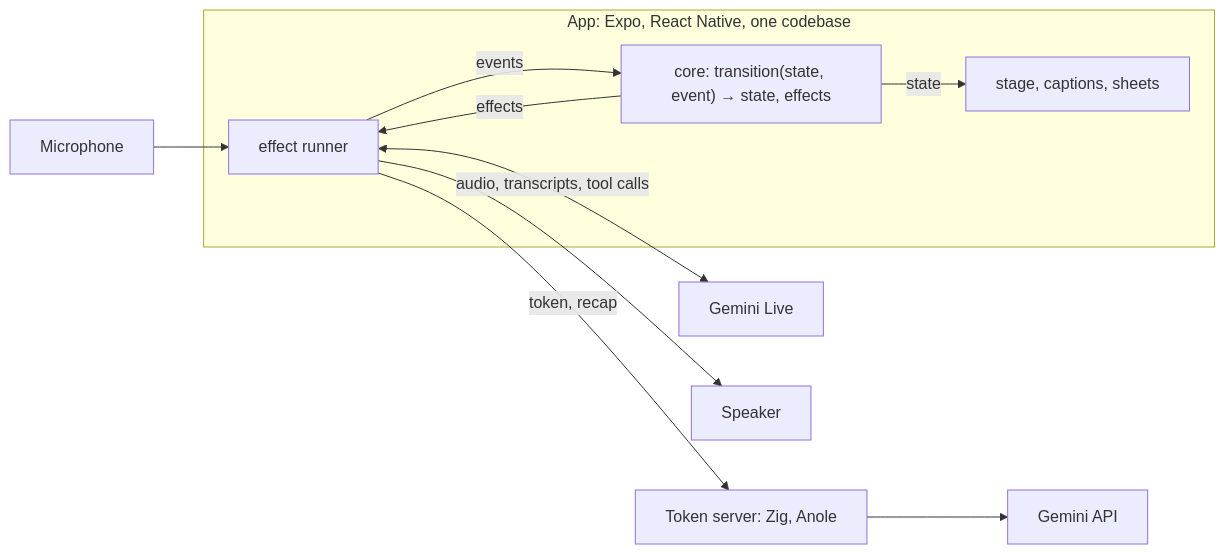
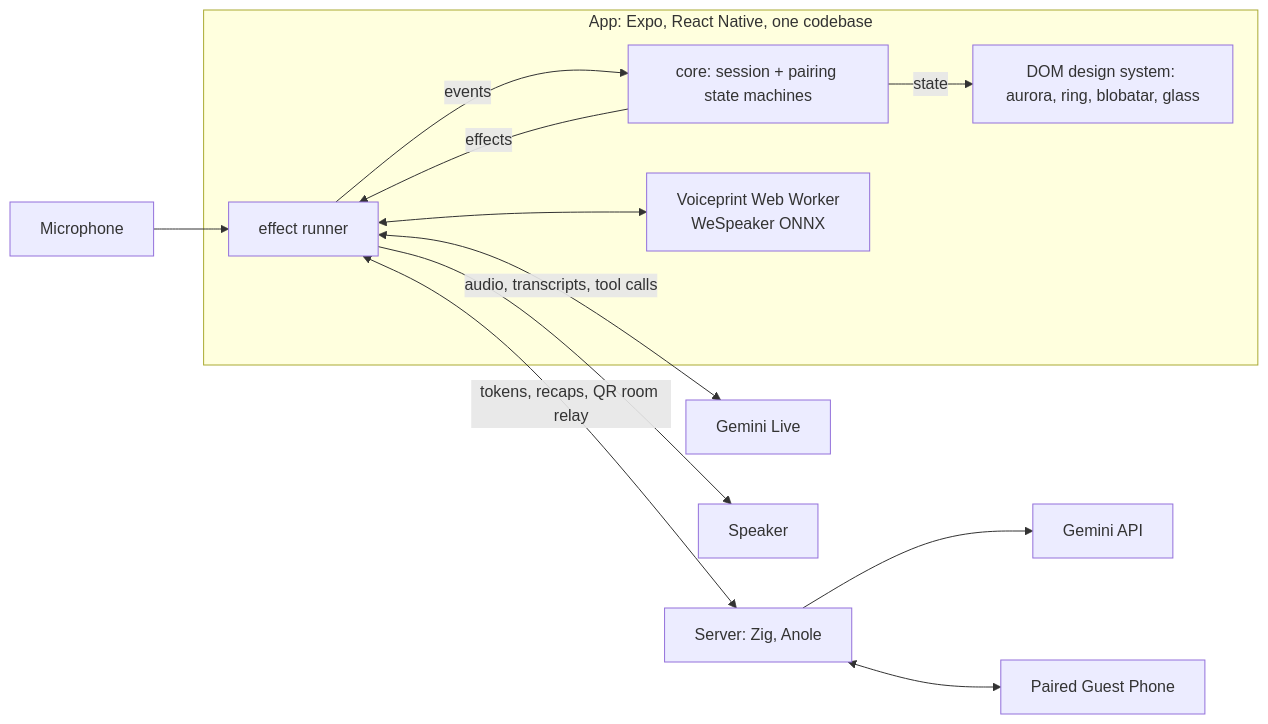
The diagram in README.md (xuckless/vorp), drawn with Mermaid before and after one commit. The commit also changed other lines of this file and 3 other files, not shown here.

Commit message:
Update README with trace logo, redesigned screenshots, and current architecture

````diff
--- a/README.md
+++ b/README.md
@@ -65,16 +97,19 @@
 ```mermaid
 flowchart LR
   mic[Microphone] --> runner
   subgraph app[App: Expo, React Native, one codebase]
-    reducer["core: transition(state, event) → state, effects"]
+    reducer["core: session + pairing state machines"]
     runner[effect runner]
-    ui[stage, captions, sheets]
+    worker[Voiceprint Web Worker<br/>WeSpeaker ONNX]
+    ui[DOM design system: aurora, ring, blobatar, glass]
     runner -- events --> reducer
     reducer -- effects --> runner
+    runner <--> worker
     reducer -- state --> ui
   end
   runner <-- audio, transcripts, tool calls --> live[Gemini Live]
   runner --> speaker[Speaker]
-  runner -- token, recap --> server[Token server: Zig, Anole]
+  runner <-- tokens, recaps, QR room relay --> server[Server: Zig, Anole]
   server --> gemini[Gemini API]
+  server <--> guest[Paired Guest Phone]
 ```
````
